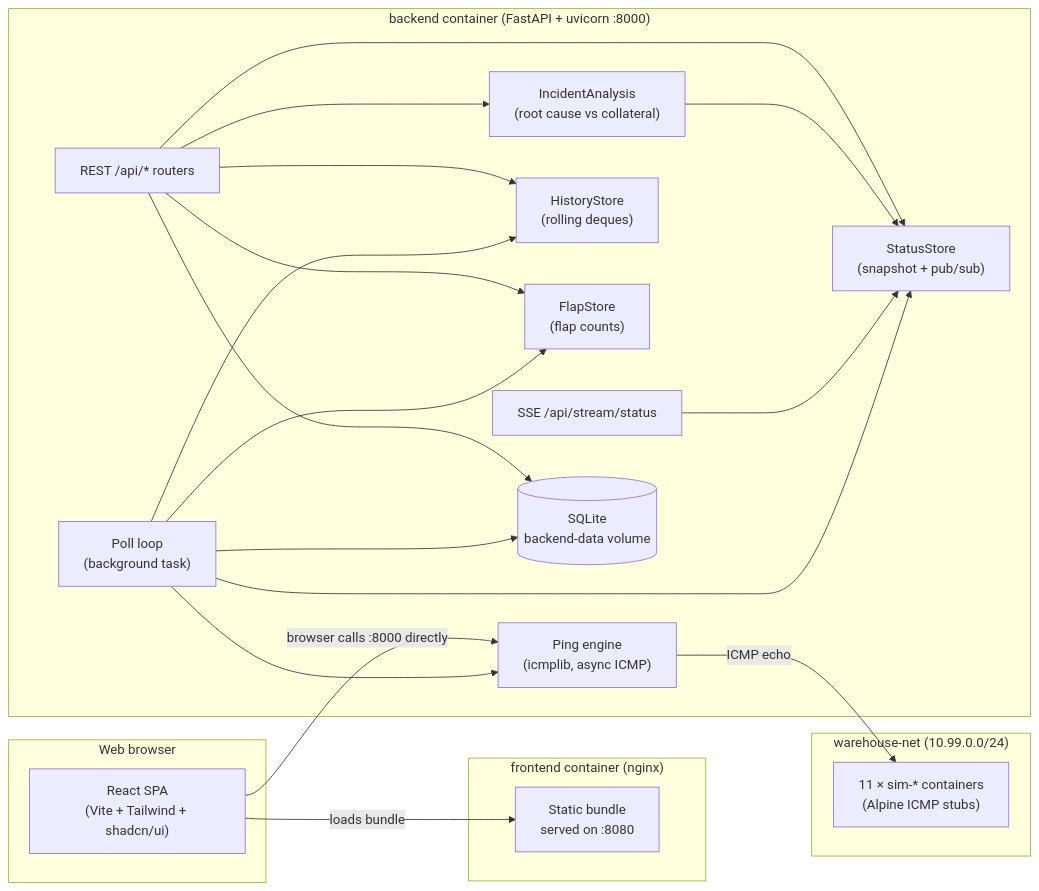
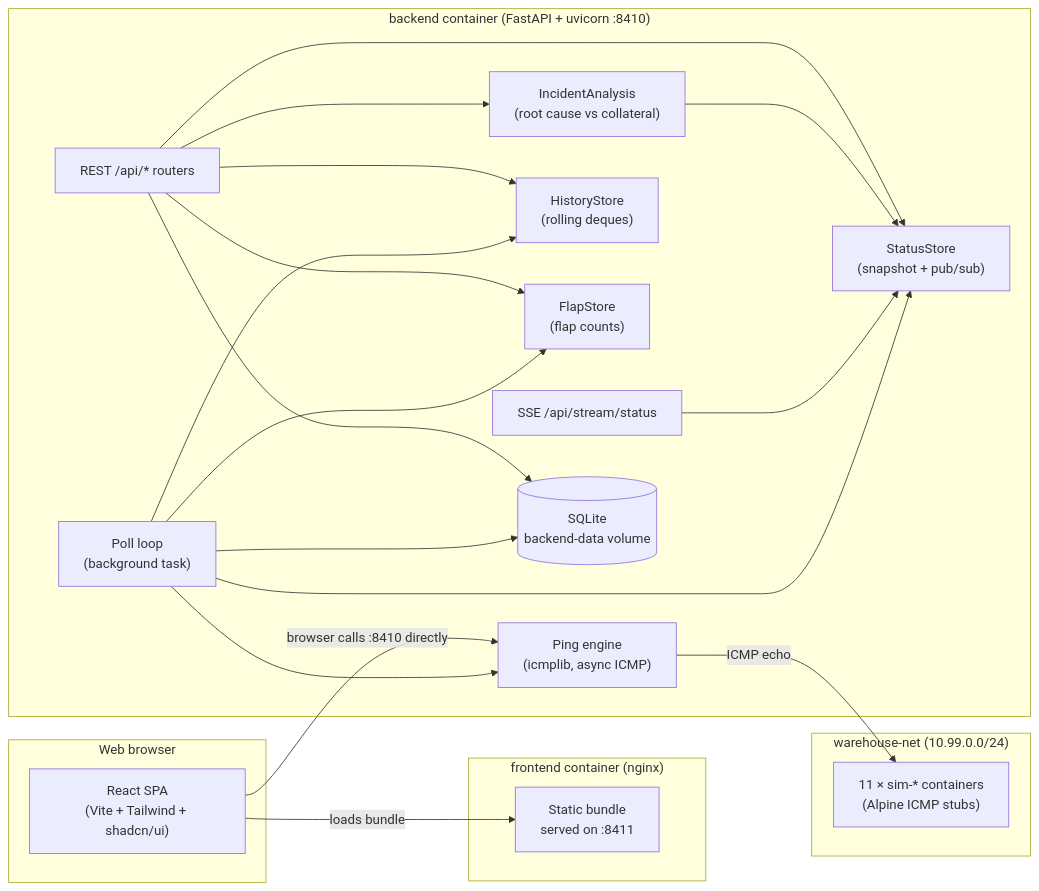
One commit to dumbL4d/network-analyser changed the first of 6 diagrams in README.md. Above: the diagram before and after it, drawn with Mermaid. The commit also changed other lines of this file and 10 other files, not shown here.

````diff
--- a/README.md
+++ b/README.md
@@ -35,43 +35,43 @@
 ```mermaid
 flowchart LR
     subgraph Browser["Web browser"]
         UI["React SPA<br/>(Vite + Tailwind + shadcn/ui)"]
     end
 
     subgraph FrontendContainer["frontend container (nginx)"]
-        STATIC["Static bundle<br/>served on :8080"]
+        STATIC["Static bundle<br/>served on :8411"]
     end
 
-    subgraph BackendContainer["backend container (FastAPI + uvicorn :8000)"]
+    subgraph BackendContainer["backend container (FastAPI + uvicorn :8410)"]
         API["REST /api/* routers"]
         SSE["SSE /api/stream/status"]
         POLL["Poll loop<br/>(background task)"]
         PING["Ping engine<br/>(icmplib, async ICMP)"]
         ST["StatusStore<br/>(snapshot + pub/sub)"]
         HS["HistoryStore<br/>(rolling deques)"]
         FS["FlapStore<br/>(flap counts)"]
         IA["IncidentAnalysis<br/>(root cause vs collateral)"]
         DB[("SQLite<br/>backend-data volume")]
     end
 
     subgraph SimNet["warehouse-net (10.99.0.0/24)"]
         SIM["11 × sim-* containers<br/>(Alpine ICMP stubs)"]
     end
 
-    UI -- "browser calls :8000 directly" --> PING
+    UI -- "browser calls :8410 directly" --> PING
     API --> DB
     API --> ST
     API --> HS
     API --> FS
     API --> IA
     IA --> ST
     SSE --> ST
     POLL --> DB
     POLL --> PING
     PING -- "ICMP echo" --> SIM
     POLL --> ST
     POLL --> HS
     POLL --> FS
 
     UI -- "loads bundle" --> STATIC
 ```
````
